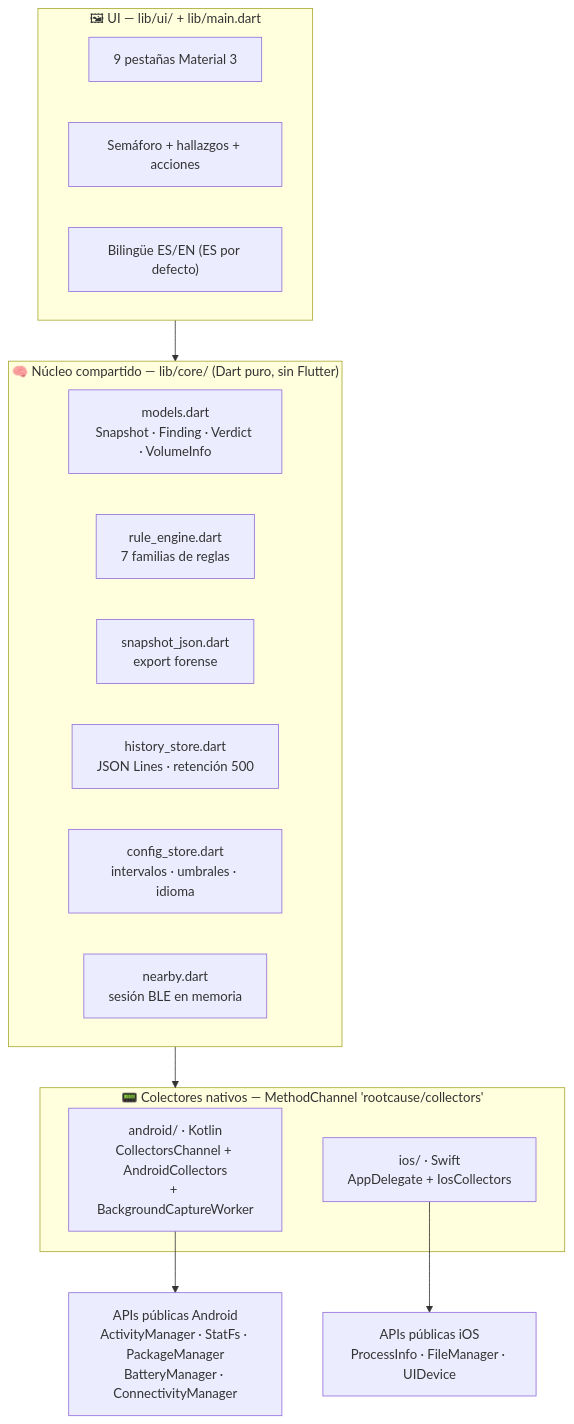
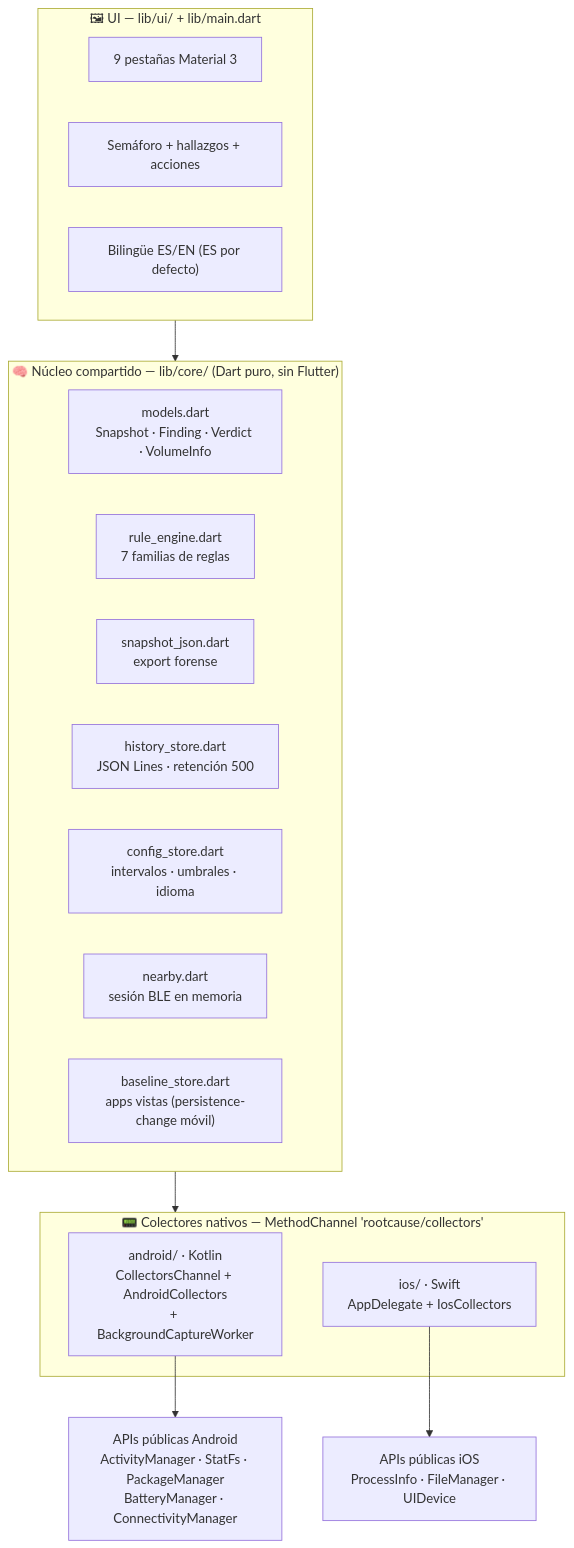
Before and after one commit to vladimiracunadev-create/rootcause-mobile-inspector: the first of 2 diagrams in docs/ARCHITECTURE.md, drawn with Mermaid. The commit also changed other lines of this file and 38 other files, not shown here.

First line of the commit message:
v0.3.0: el sensor que avisa — alerta crítica, baseline de apps y tendencia

````diff
--- a/docs/ARCHITECTURE.md
+++ b/docs/ARCHITECTURE.md
@@ -7,27 +7,28 @@
 ```mermaid
 flowchart TB
     subgraph UI["🖼 UI — lib/ui/ + lib/main.dart"]
         TABS["9 pestañas Material 3"]
         SEM["Semáforo + hallazgos + acciones"]
         I18N["Bilingüe ES/EN (ES por defecto)"]
     end
 
     subgraph CORE["🧠 Núcleo compartido — lib/core/ (Dart puro, sin Flutter)"]
         MODELS["models.dart<br/>Snapshot · Finding · Verdict · VolumeInfo"]
         ENGINE["rule_engine.dart<br/>7 familias de reglas"]
         JSON["snapshot_json.dart<br/>export forense"]
         HIST["history_store.dart<br/>JSON Lines · retención 500"]
         CFG["config_store.dart<br/>intervalos · umbrales · idioma"]
         NEAR["nearby.dart<br/>sesión BLE en memoria"]
+        BASE["baseline_store.dart<br/>apps vistas (persistence-change móvil)"]
     end
 
     subgraph NATIVE["📟 Colectores nativos — MethodChannel 'rootcause/collectors'"]
         KT["android/ · Kotlin<br/>CollectorsChannel + AndroidCollectors<br/>+ BackgroundCaptureWorker"]
         SW["ios/ · Swift<br/>AppDelegate + IosCollectors"]
     end
 
     UI --> CORE
     CORE --> NATIVE
     KT --> API_A["APIs públicas Android<br/>ActivityManager · StatFs · PackageManager<br/>BatteryManager · ConnectivityManager"]
     SW --> API_I["APIs públicas iOS<br/>ProcessInfo · FileManager · UIDevice"]
 ```
````
